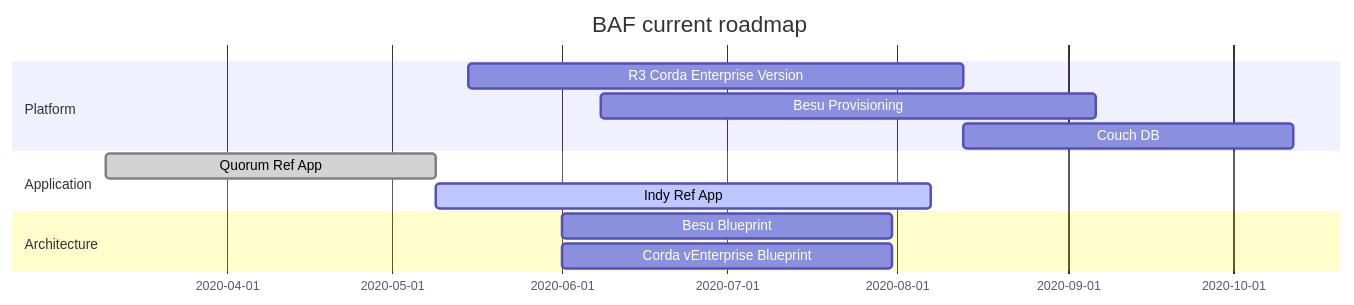
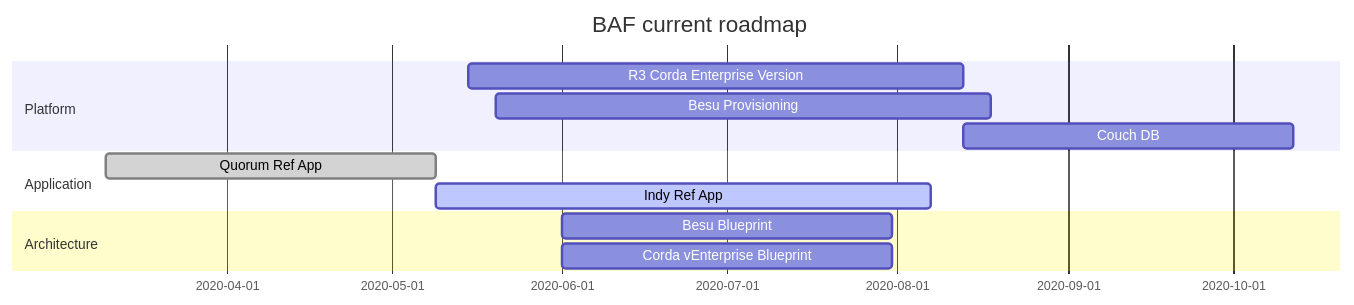
One commit to hyperledger/bevel changed the diagram in docs/source/roadmap.rst. Above: the diagram before and after it, drawn with Mermaid. The commit also changed other lines of this file and 5 other files, not shown here.

Commit message:
roadmap change

```diff
--- a/docs/source/roadmap.rst
+++ b/docs/source/roadmap.rst
@@ -3,17 +3,17 @@
 .. mermaid::
 
    gantt
     title BAF current roadmap
     dateFormat  YY-MM-DD
     section Platform
     R3 Corda Enterprise Version  :a1, 20-05-15  , 90d
-    Besu Provisioning       :a2, 20-06-08  , 90d
+    Besu Provisioning       :a2, 20-05-20  , 90d
     Couch DB     :after a1  , 60d
     
     section Application
     Quorum Ref App      :done, b1, 20-03-10, 60d
     Indy Ref App      :active, b2, after b1, 90d
     
     section Architecture
     Besu Blueprint      : 20-06-01, 60d
     Corda vEnterprise Blueprint : 20-06-01, 60d
```
